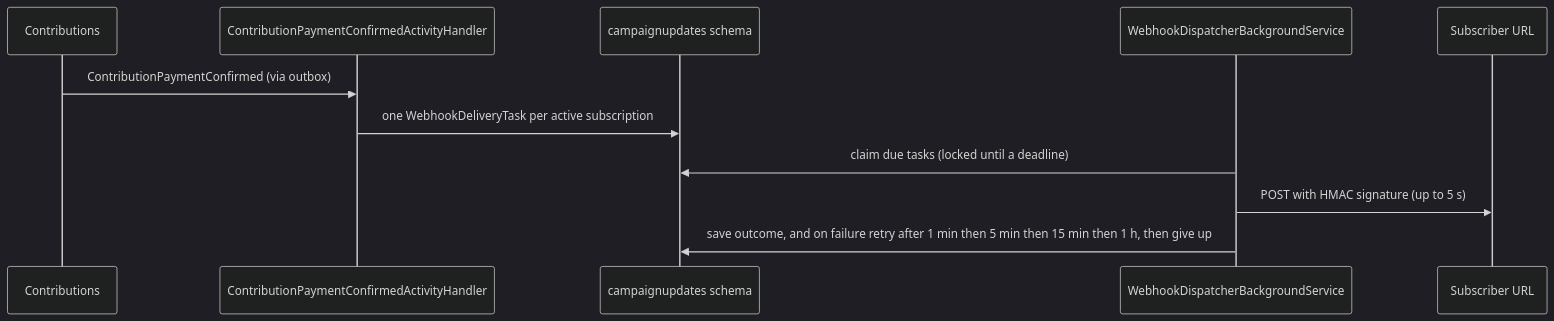
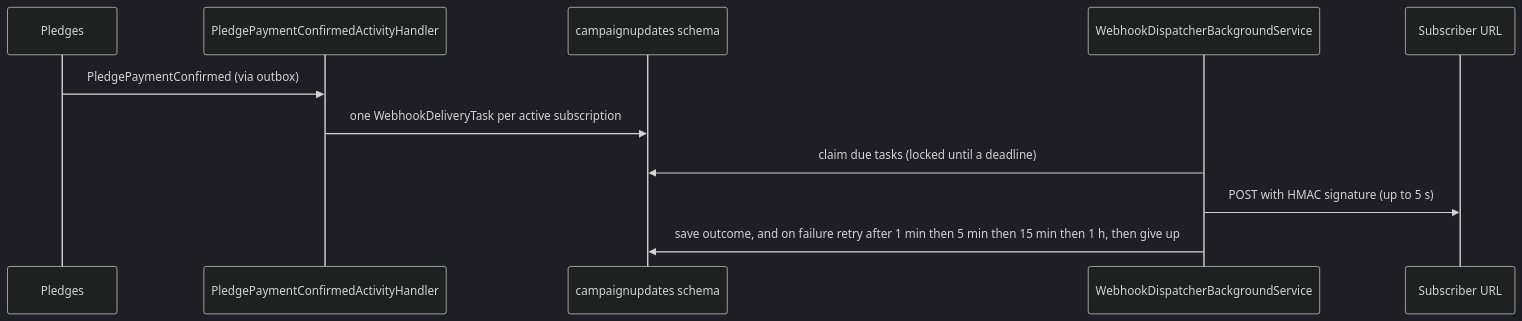
The first of 2 diagrams in src/Modules/CampaignUpdates/README.md (maysamgamini/crowdfundinghub), drawn with Mermaid (dark theme) before and after one commit. The commit also changed 571 other files, not shown here.

First line of the commit message:
refactor: use the course vocabulary, pledge and backer, where the code said contribution and contributor

````diff
--- a/src/Modules/CampaignUpdates/README.md
+++ b/src/Modules/CampaignUpdates/README.md
@@ -8,13 +8,13 @@
 ```mermaid
 sequenceDiagram
-    participant Co as Contributions
-    participant H as ContributionPaymentConfirmedActivityHandler
+    participant Co as Pledges
+    participant H as PledgePaymentConfirmedActivityHandler
     participant Db as campaignupdates schema
     participant D as WebhookDispatcherBackgroundService
     participant X as Subscriber URL
-    Co->>H: ContributionPaymentConfirmed (via outbox)
+    Co->>H: PledgePaymentConfirmed (via outbox)
     H->>Db: one WebhookDeliveryTask per active subscription
     D->>Db: claim due tasks (locked until a deadline)
     D->>X: POST with HMAC signature (up to 5 s)
     D->>Db: save outcome, and on failure retry after 1 min then 5 min then 15 min then 1 h, then give up
 ```
````
